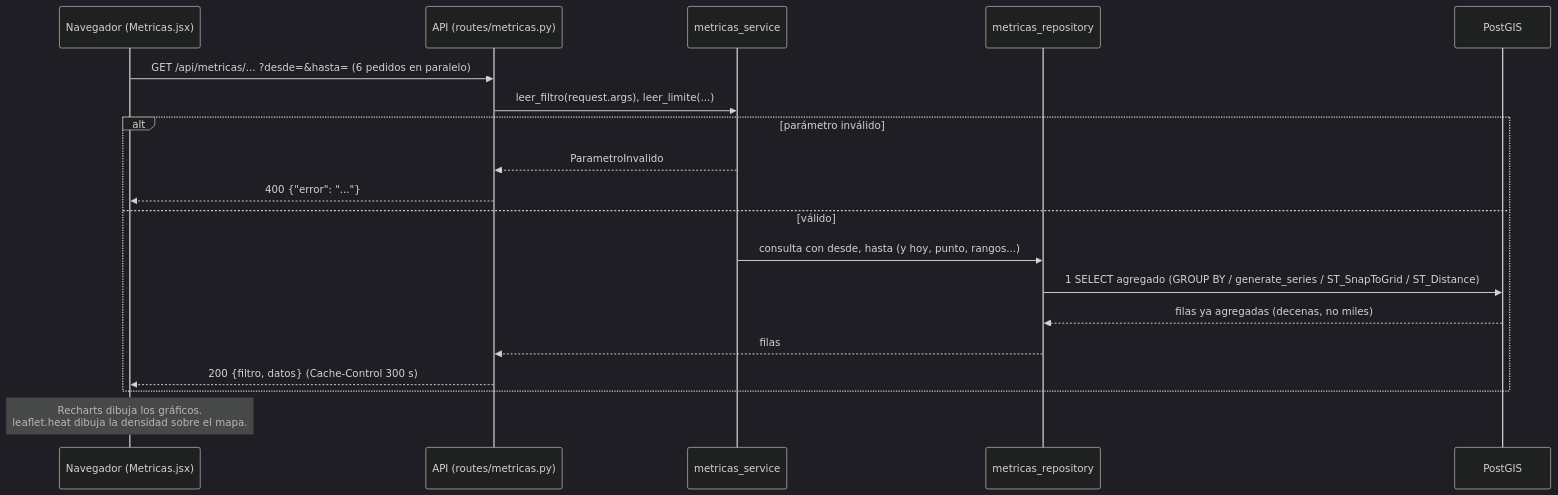
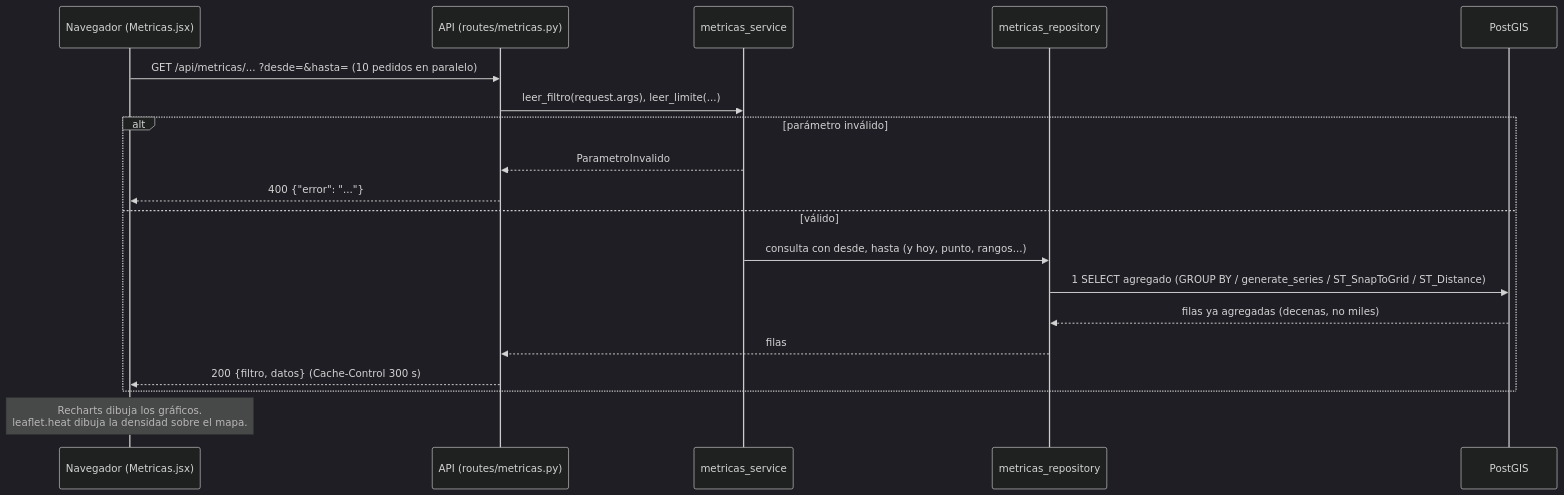
Before and after one commit to FernandezMarcodev/concierto-finder: the ninth of 9 diagrams in docs/ARQUITECTURA.md, drawn with Mermaid (dark theme). The commit also changed other lines of this file and 6 other files, not shown here.

````diff
--- a/docs/ARQUITECTURA.md
+++ b/docs/ARQUITECTURA.md
@@ -288,21 +291,21 @@
 ```mermaid
 sequenceDiagram
     participant N as Navegador (Metricas.jsx)
     participant A as API (routes/metricas.py)
     participant S as metricas_service
     participant R as metricas_repository
     participant D as PostGIS
-    N->>A: GET /api/metricas/... ?desde=&hasta= (6 pedidos en paralelo)
+    N->>A: GET /api/metricas/... ?desde=&hasta= (10 pedidos en paralelo)
     A->>S: leer_filtro(request.args), leer_limite(...)
     alt parámetro inválido
         S-->>A: ParametroInvalido
         A-->>N: 400 {"error": "..."}
     else válido
         S->>R: consulta con desde, hasta (y hoy, punto, rangos...)
         R->>D: 1 SELECT agregado (GROUP BY / generate_series / ST_SnapToGrid / ST_Distance)
         D-->>R: filas ya agregadas (decenas, no miles)
         R-->>A: filas
         A-->>N: 200 {filtro, datos} (Cache-Control 300 s)
     end
     Note over N: Recharts dibuja los gráficos.<br/>leaflet.heat dibuja la densidad sobre el mapa.
 ```
````
